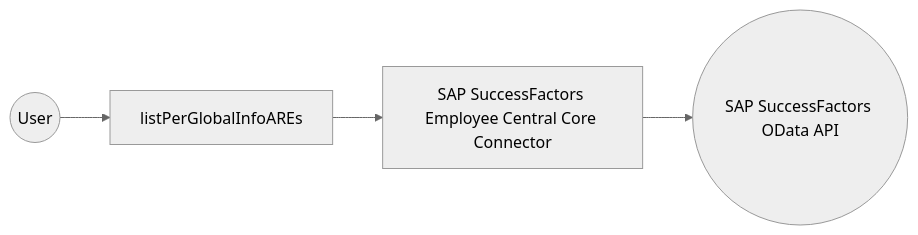
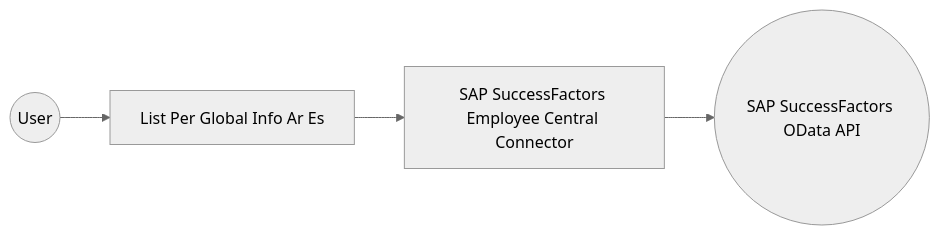
One commit to wso2/docs-integrator changed the diagram in en/docs/connectors/catalog/hrms/sap.successfactors.employeecentralec/example.md. Above: the diagram before and after it, drawn with Mermaid (neutral theme). The commit also changed other lines of this file and 6 other files, not shown here.

````diff
--- a/en/docs/connectors/catalog/hrms/sap.successfactors.employeecentralec/example.md
+++ b/en/docs/connectors/catalog/hrms/sap.successfactors.employeecentralec/example.md
@@ -12,6 +12,6 @@
 ```mermaid
 flowchart LR
-    A((User)) --> B[listPerGlobalInfoAREs]
-    B --> C[SAP SuccessFactors Employee Central Core Connector]
+    A((User)) --> B[List Per Global Info Ar Es]
+    B --> C[SAP SuccessFactors Employee Central Connector]
     C --> D((SAP SuccessFactors OData API))
 ```
````
